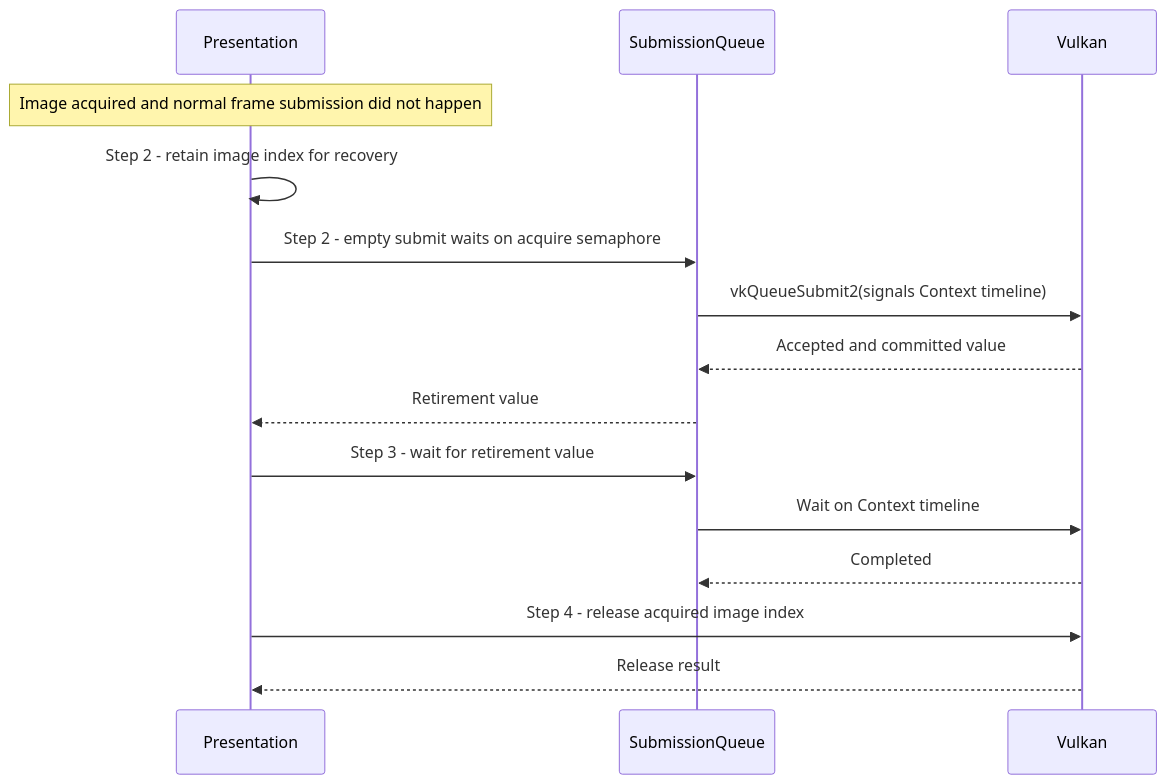
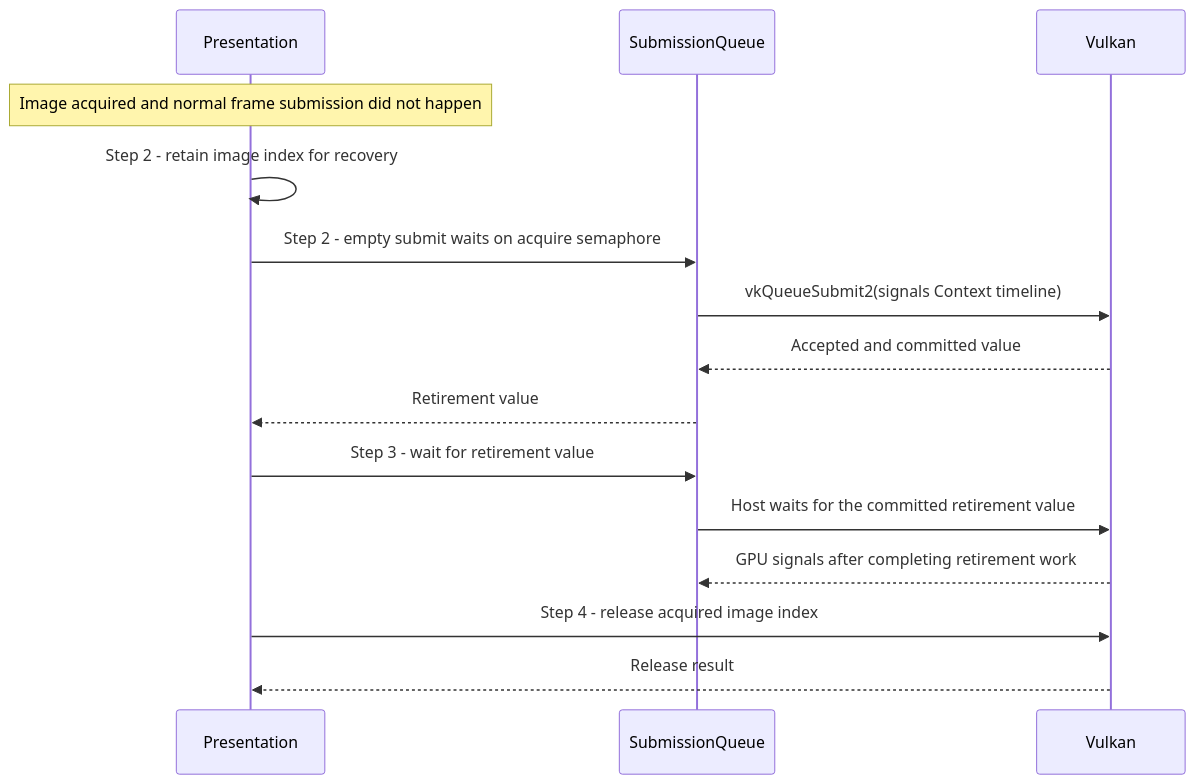
The diagram in docs/use-cases/retire-acquired-image.md (a-soltysik/Panda), drawn with Mermaid before and after one commit. The commit also changed 10 other files, not shown here.

Commit message:
Document swapchain recreation and Context shutdown flows (#80)

````diff
--- a/docs/use-cases/retire-acquired-image.md
+++ b/docs/use-cases/retire-acquired-image.md
@@ -25,17 +25,17 @@
 ```mermaid
 sequenceDiagram
     participant P as Presentation
     participant Q as SubmissionQueue
     participant V as Vulkan
     Note over P: Image acquired and normal frame submission did not happen
     P->>P: Step 2 - retain image index for recovery
     P->>Q: Step 2 - empty submit waits on acquire semaphore
     Q->>V: vkQueueSubmit2(signals Context timeline)
     V-->>Q: Accepted and committed value
     Q-->>P: Retirement value
     P->>Q: Step 3 - wait for retirement value
-    Q->>V: Wait on Context timeline
-    V-->>Q: Completed
+    Q->>V: Host waits for the committed retirement value
+    V-->>Q: GPU signals after completing retirement work
     P->>V: Step 4 - release acquired image index
     V-->>P: Release result
 ```
````
